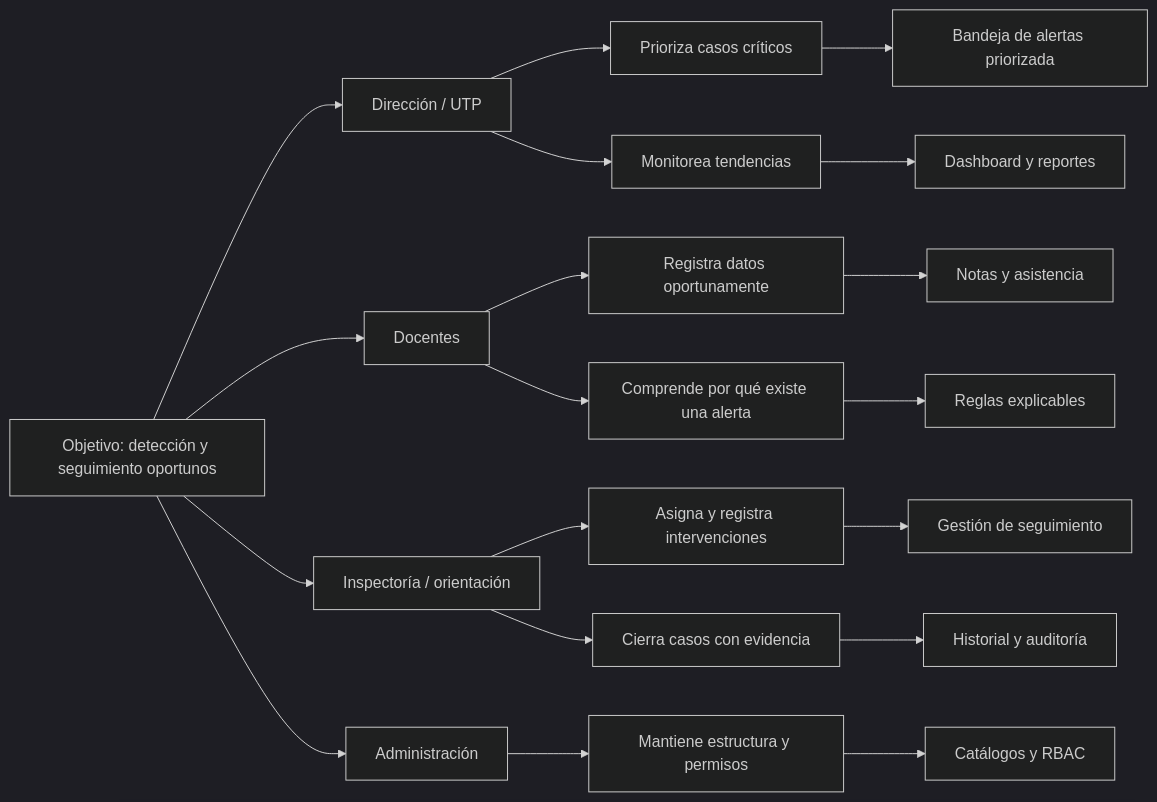
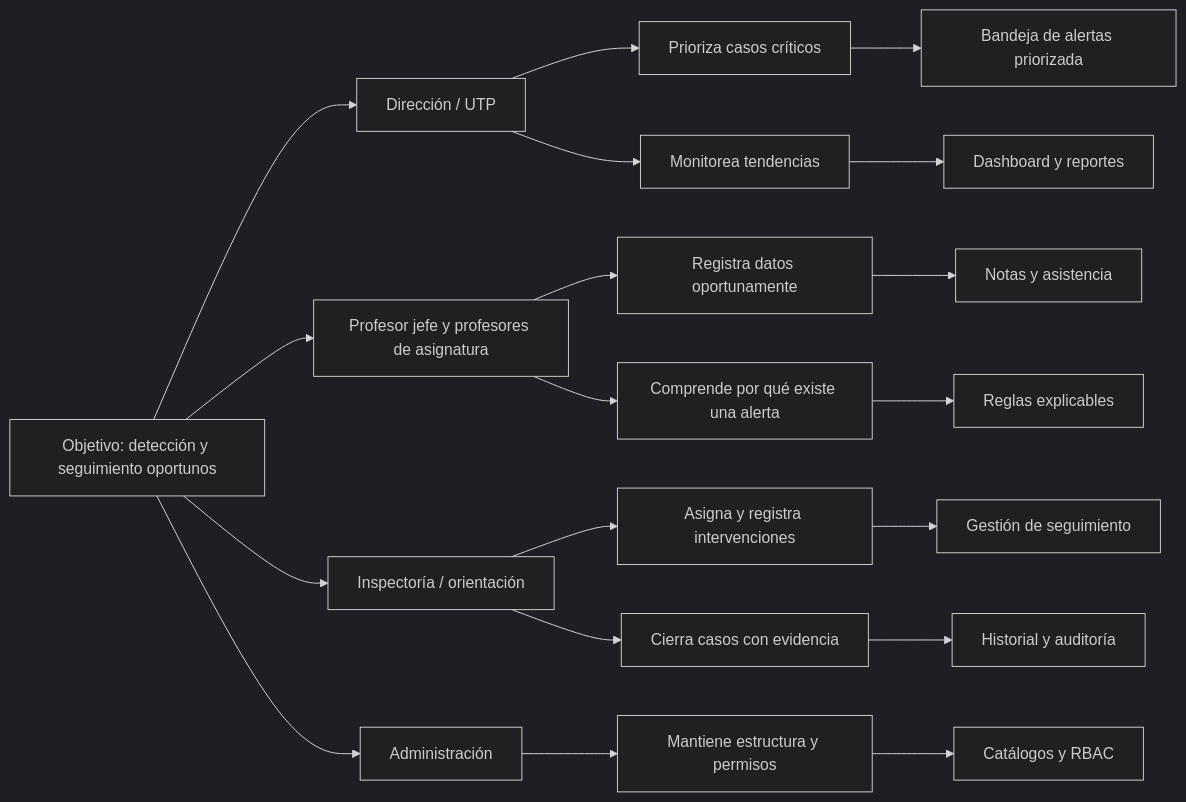
The diagram in SIGAA/docs/02-actores-impact-mapping.md (joellopez775/Captsone), drawn with Mermaid (dark theme) before and after one commit. The commit also changed other lines of this file and 17 other files, not shown here.

````diff
--- a/SIGAA/docs/02-actores-impact-mapping.md
+++ b/SIGAA/docs/02-actores-impact-mapping.md
@@ -23,24 +24,24 @@
 ```mermaid
 flowchart LR
     O["Objetivo: detección y seguimiento oportunos"]
     O --> A1["Dirección / UTP"]
-    O --> A2["Docentes"]
+    O --> A2["Profesor jefe y profesores de asignatura"]
     O --> A3["Inspectoría / orientación"]
     O --> A4["Administración"]
 
     A1 --> I1["Prioriza casos críticos"]
     A1 --> I2["Monitorea tendencias"]
     A2 --> I3["Registra datos oportunamente"]
     A2 --> I4["Comprende por qué existe una alerta"]
     A3 --> I5["Asigna y registra intervenciones"]
     A3 --> I6["Cierra casos con evidencia"]
     A4 --> I7["Mantiene estructura y permisos"]
 
     I1 --> D1["Bandeja de alertas priorizada"]
     I2 --> D2["Dashboard y reportes"]
     I3 --> D3["Notas y asistencia"]
     I4 --> D4["Reglas explicables"]
     I5 --> D5["Gestión de seguimiento"]
     I6 --> D6["Historial y auditoría"]
     I7 --> D7["Catálogos y RBAC"]
 ```
````
